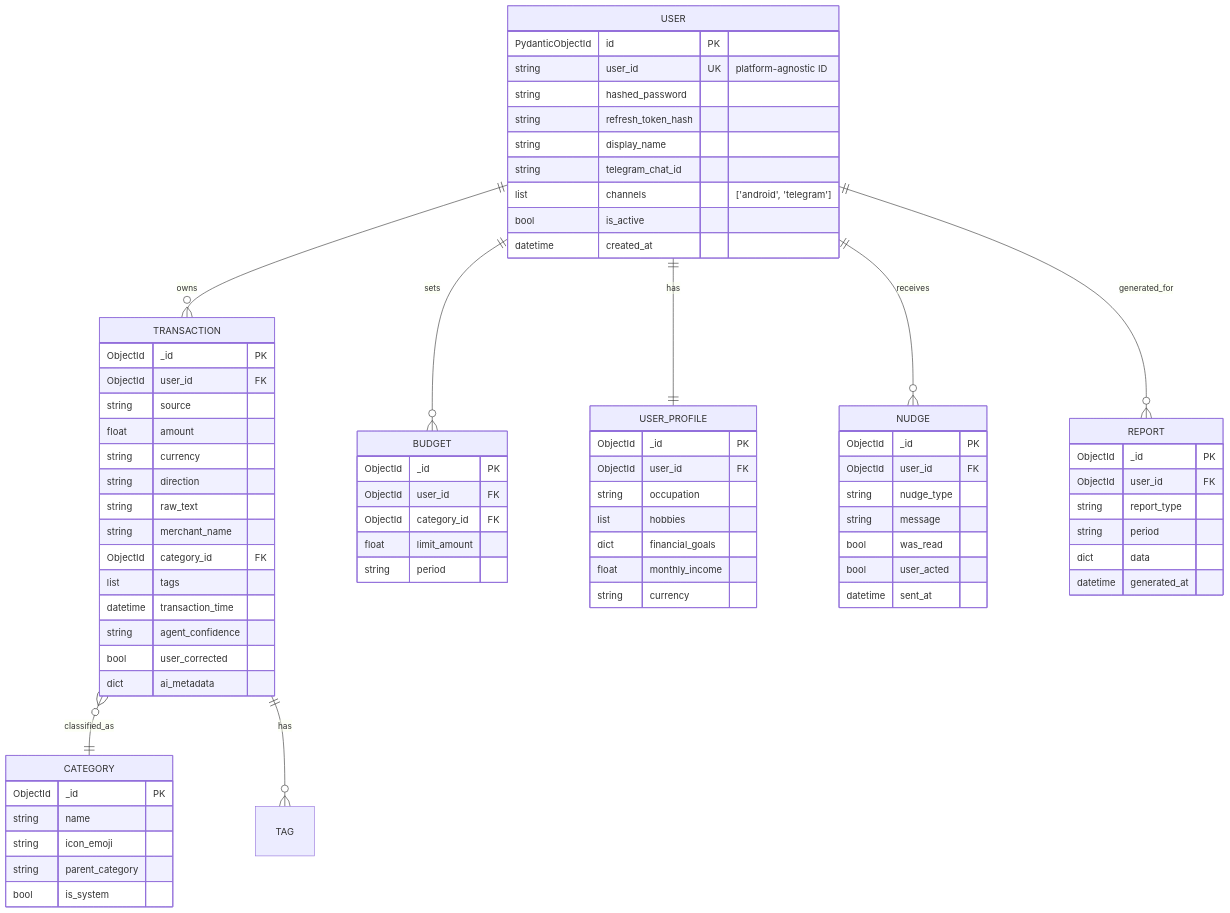
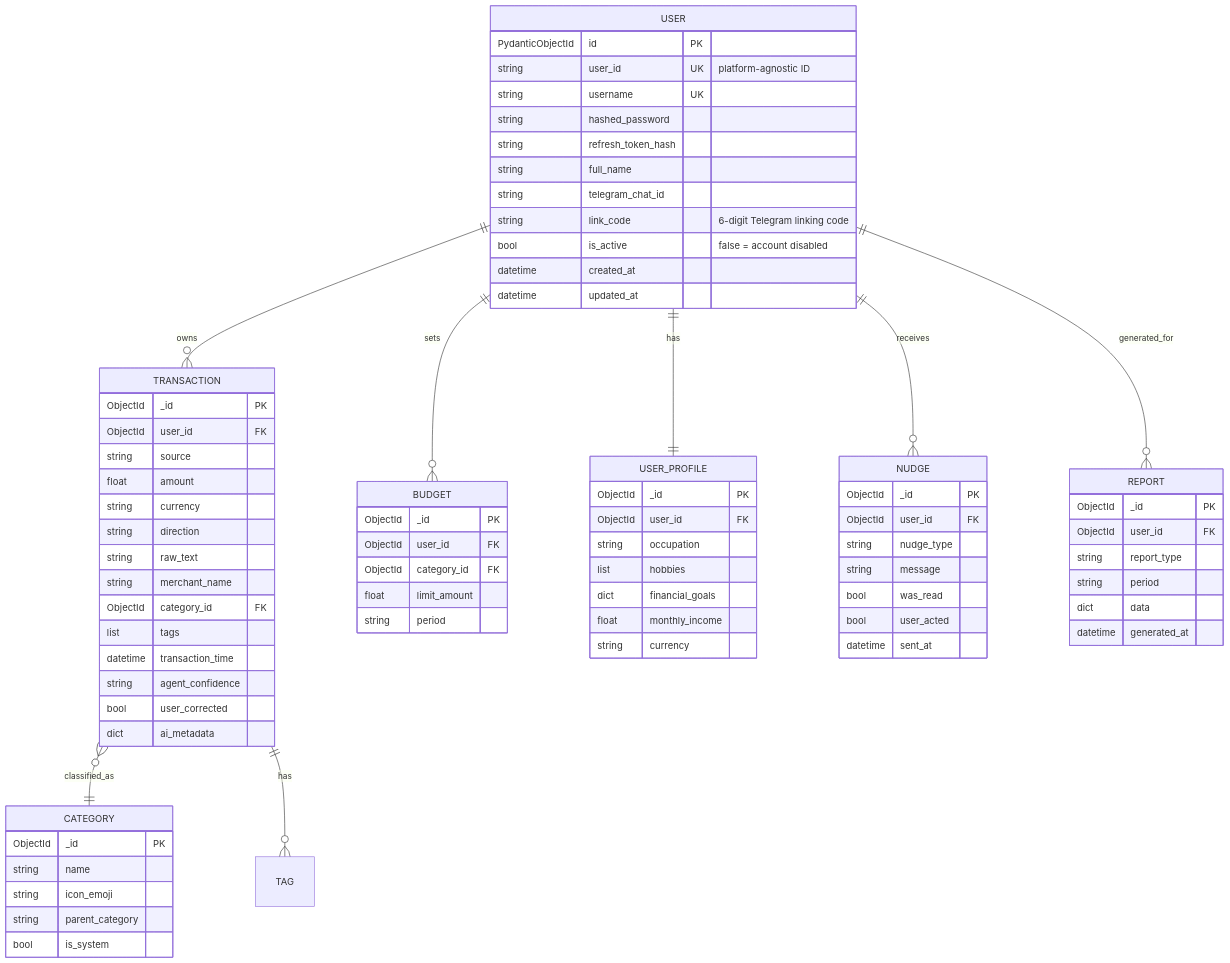
The diagram in docs/DATABASE.md (nqhuy44/chiwi), drawn with Mermaid before and after one commit. The commit also changed other lines of this file and 10 other files, not shown here.

```diff
--- a/docs/DATABASE.md
+++ b/docs/DATABASE.md
@@ -19,13 +19,15 @@
     USER {
         PydanticObjectId id PK
         string user_id UK "platform-agnostic ID"
+        string username UK
         string hashed_password
         string refresh_token_hash
-        string display_name
+        string full_name
         string telegram_chat_id
-        list channels "['android', 'telegram']"
-        bool is_active
+        string link_code "6-digit Telegram linking code"
+        bool is_active "false = account disabled"
         datetime created_at
+        datetime updated_at
     }
 
     USER_PROFILE {
```
